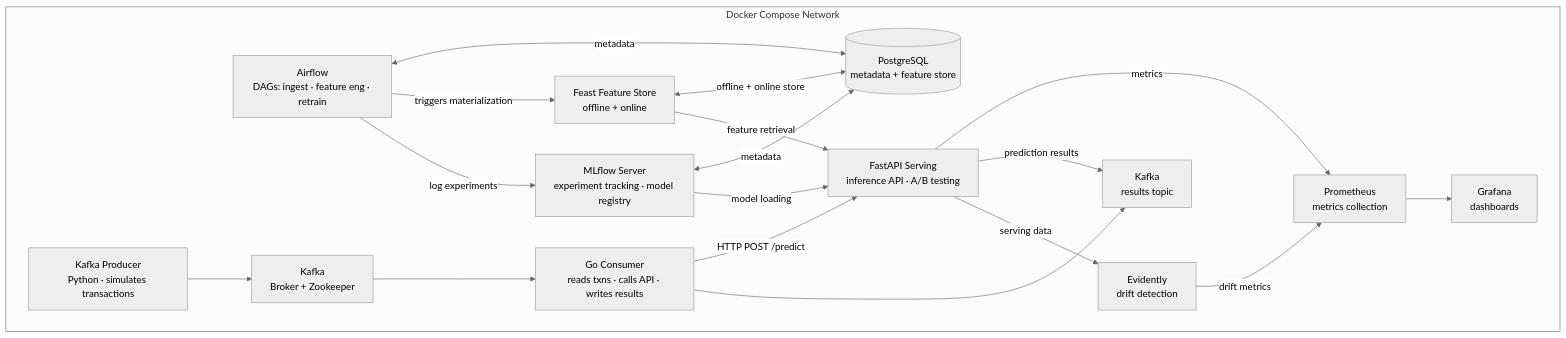
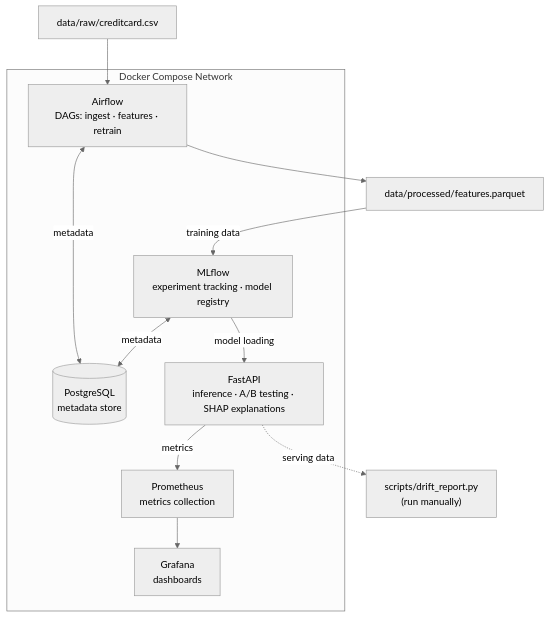
Before and after one commit to Liuck27/ml-fraud-detection-platform: the diagram in plan.md, drawn with Mermaid (neutral theme). The commit also changed other lines of this file and 26 other files, not shown here.

First line of the commit message:
feat(phase-2): data ingestion, feature engineering & EDA

````diff
--- a/plan.md
+++ b/plan.md
@@ -11,40 +18,29 @@
 ```mermaid
 flowchart TD
     subgraph compose["Docker Compose Network"]
-        PG[(PostgreSQL\nmetadata + feature store)]
+        PG[(PostgreSQL\nmetadata store)]
 
-        AW["Airflow\nDAGs: ingest · feature eng · retrain"]
-        ML["MLflow Server\nexperiment tracking · model registry"]
-        FEAST["Feast Feature Store\noffline + online"]
-        API["FastAPI Serving\ninference API · A/B testing"]
+        AW["Airflow\nDAGs: ingest · features · retrain"]
+        ML["MLflow\nexperiment tracking · model registry"]
+        API["FastAPI\ninference · A/B testing · SHAP explanations"]
 
-        PROD["Kafka Producer\nPython · simulates transactions"]
-        KAFKA["Kafka\nBroker + Zookeeper"]
-        GO["Go Consumer\nreads txns · calls API · writes results"]
-        RESULTS["Kafka\nresults topic"]
-
-        EV["Evidently\ndrift detection"]
         PROM["Prometheus\nmetrics collection"]
         GRAF["Grafana\ndashboards"]
     end
 
+    CSV["data/raw/creditcard.csv"]
+    PARQUET["data/processed/features.parquet"]
+    DRIFT["scripts/drift_report.py\n(run manually)"]
+
+    CSV --> AW
+    AW --> PARQUET
     AW <-->|metadata| PG
     ML <-->|metadata| PG
-    FEAST <-->|offline + online store| PG
 
-    AW -->|triggers materialization| FEAST
-    AW -->|log experiments| ML
+    PARQUET -->|training data| ML
     ML -->|model loading| API
-    FEAST -->|feature retrieval| API
     API -->|metrics| PROM
-    API -->|prediction results| RESULTS
+    PROM --> GRAF
 
-    PROD --> KAFKA
-    KAFKA --> GO
-    GO -->|"HTTP POST /predict"| API
-    GO --> RESULTS
-
-    API -->|serving data| EV
-    EV -->|drift metrics| PROM
-    PROM --> GRAF
+    API -.->|serving data| DRIFT
 ```
````
